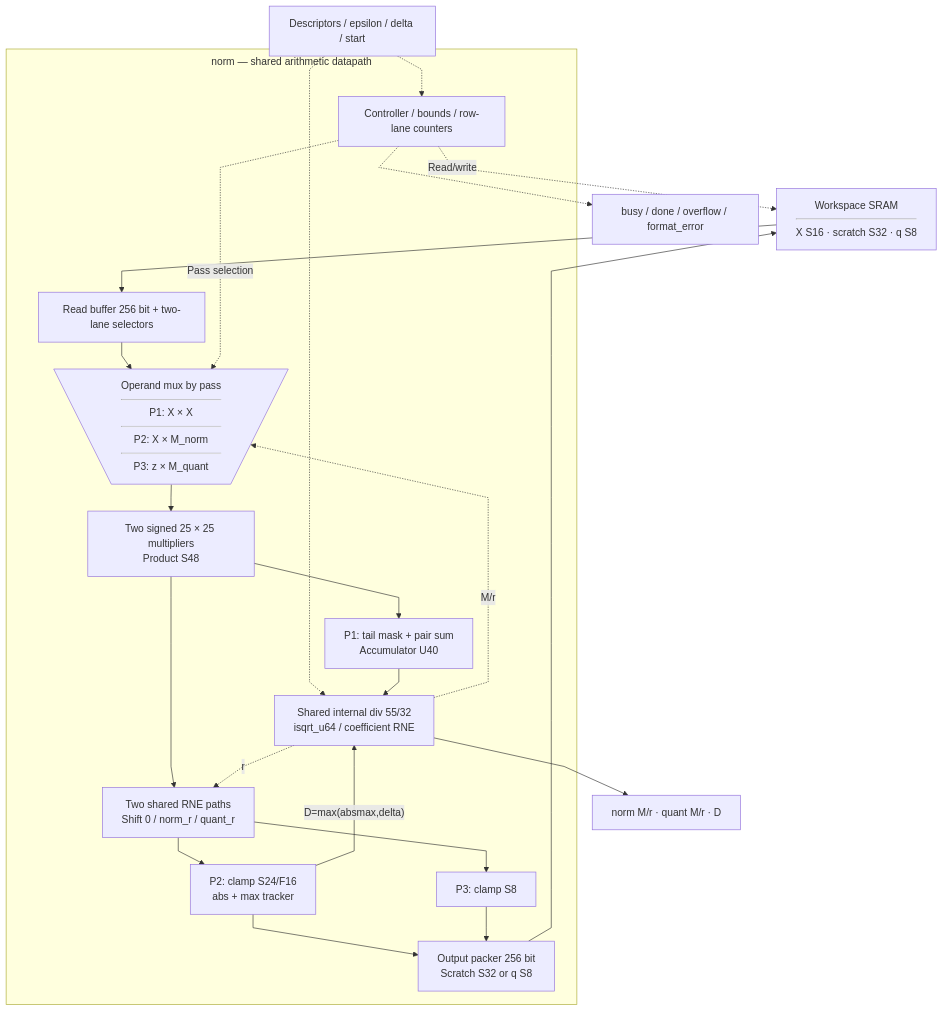
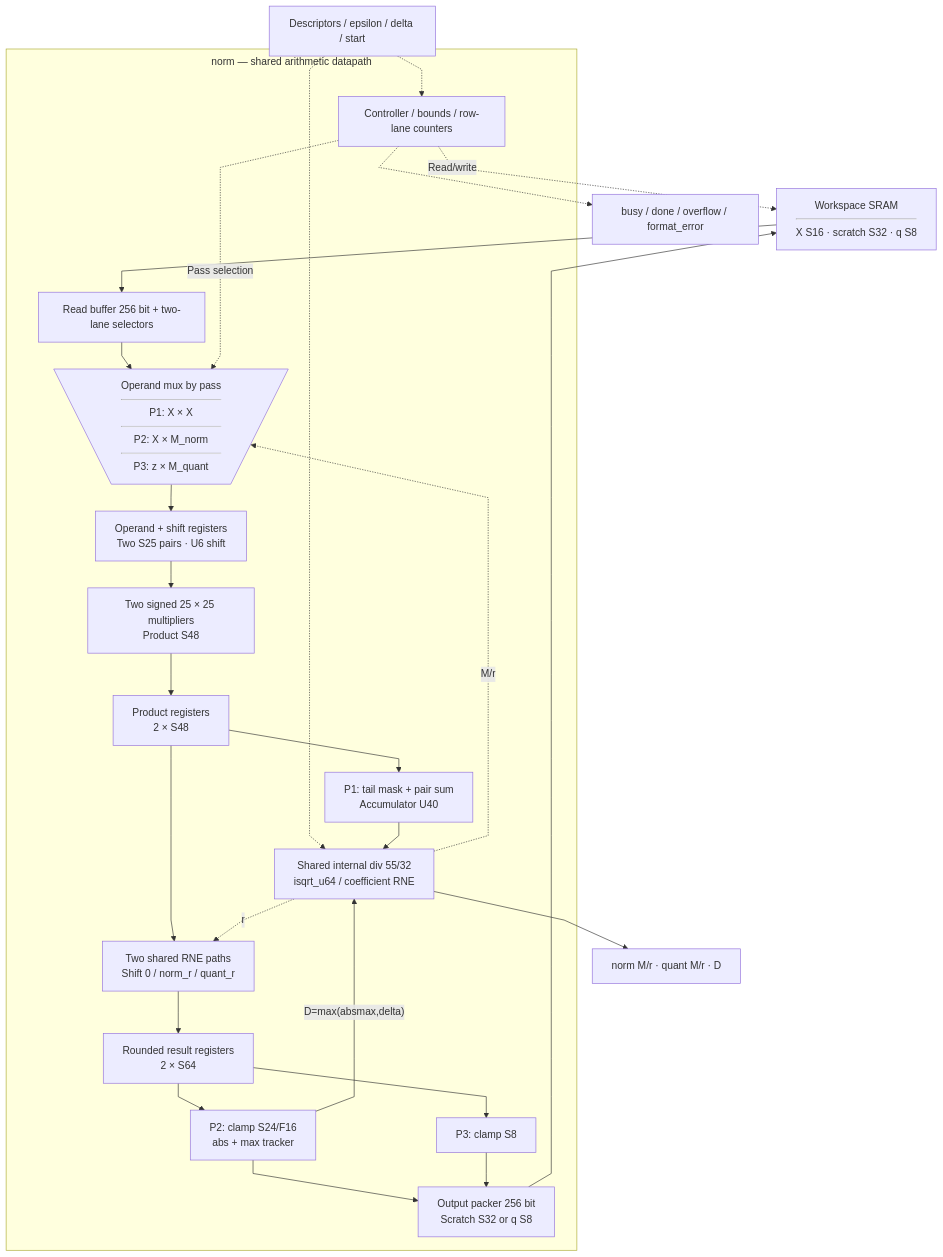
The first of 5 diagrams in docs/source_guide/blocks/norm.sv.md (nguyennhutkhanhtom/NPU), drawn with Mermaid before and after one commit. The commit also changed other lines of this file and 608 other files, not shown here.

Commit message:
Implement autonomous RTL language graph with verified units and timing evidence

````diff
--- a/docs/source_guide/blocks/norm.sv.md
+++ b/docs/source_guide/blocks/norm.sv.md
@@ -17,38 +19,44 @@
 ```mermaid
 flowchart TB
 %%{init: {"flowchart": {"subGraphTitleMargin": {"top": 8, "bottom": 45}, "nodeSpacing": 28, "rankSpacing": 42, "curve": "linear"}}}%%
     WS@{ shape: rect, label: "Workspace SRAM<hr/>X S16 · scratch S32 · q S8" }
     CFG["Descriptors / epsilon / delta / start"]
     subgraph CORE["norm — shared arithmetic datapath"]
         CTRL["Controller / bounds / row-lane counters"]
         READ["Read buffer 256 bit + two-lane selectors"]
         OPS@{ shape: trap-t, label: "Operand mux by pass<hr/>P1: X × X<hr/>P2: X × M_norm<hr/>P3: z × M_quant" }
+        OREG["Operand + shift registers<br/>Two S25 pairs · U6 shift"]
         MUL["Two signed 25 × 25 multipliers<br/>Product S48"]
+        PREG["Product registers<br/>2 × S48"]
         RNE["Two shared RNE paths<br/>Shift 0 / norm_r / quant_r"]
+        RREG["Rounded result registers<br/>2 × S64"]
         SUM["P1: tail mask + pair sum<br/>Accumulator U40"]
         COEF["Shared internal div 55/32<br/>isqrt_u64 / coefficient RNE"]
         Z["P2: clamp S24/F16<br/>abs + max tracker"]
         Q["P3: clamp S8"]
         PACK["Output packer 256 bit<br/>Scratch S32 or q S8"]
     end
     CFG -.-> CTRL
     CFG -.-> COEF
     CTRL -.->|"Read/write"| WS
     WS --> READ
     READ --> OPS
     CTRL -.->|"Pass selection"| OPS
     COEF -.->|"M/r"| OPS
-    OPS --> MUL
-    MUL --> SUM
-    MUL --> RNE
+    OPS --> OREG
+    OREG --> MUL
+    MUL --> PREG
+    PREG --> SUM
+    PREG --> RNE
     COEF -.->|"r"| RNE
     SUM --> COEF
-    RNE --> Z
-    RNE --> Q
+    RNE --> RREG
+    RREG --> Z
+    RREG --> Q
     Z -->|"D=max(absmax,delta)"| COEF
     Z --> PACK
     Q --> PACK
     PACK --> WS
     COEF --> META["norm M/r · quant M/r · D"]
     CTRL -.-> STATUS["busy / done / overflow / format_error"]
 ```
````
